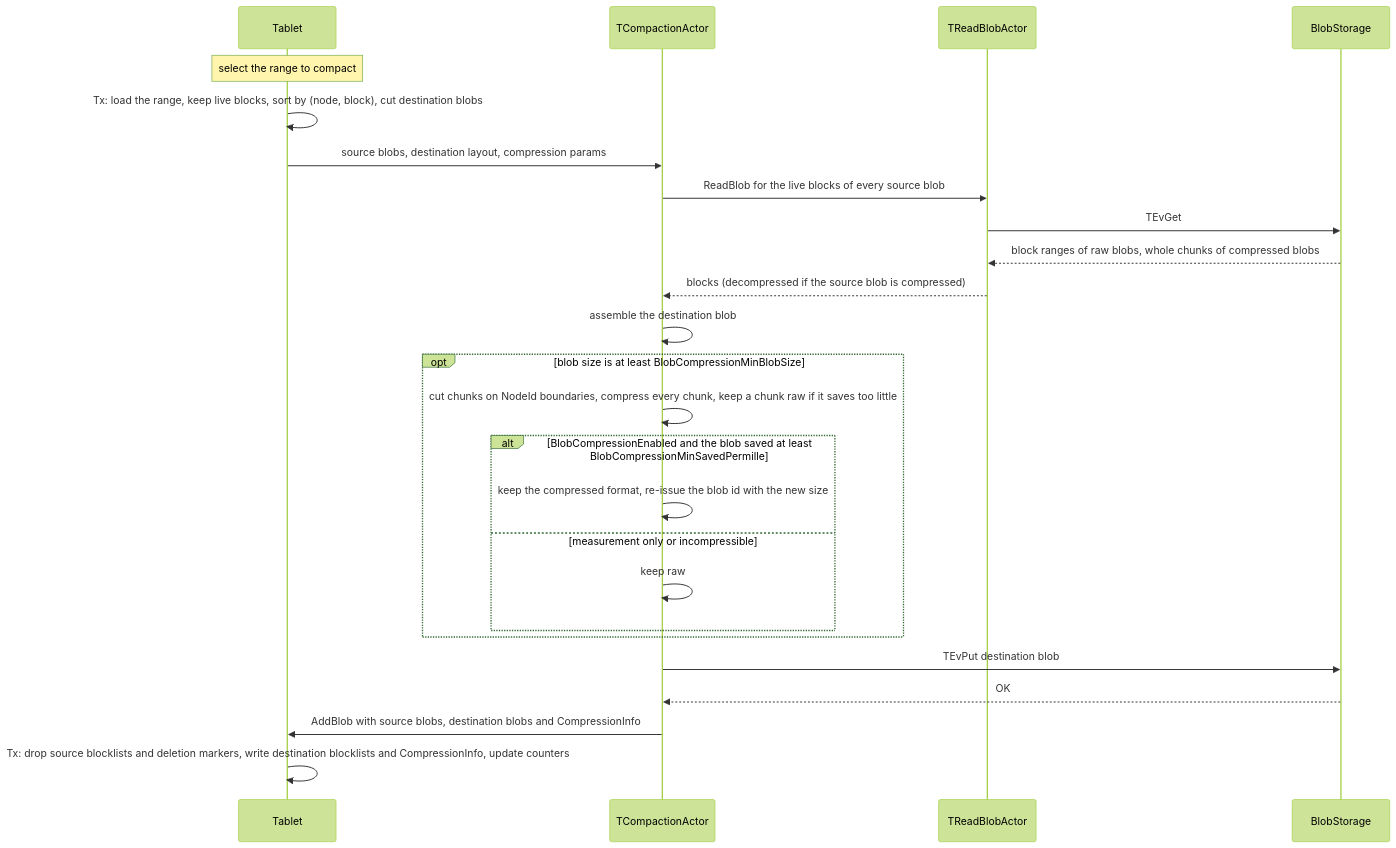
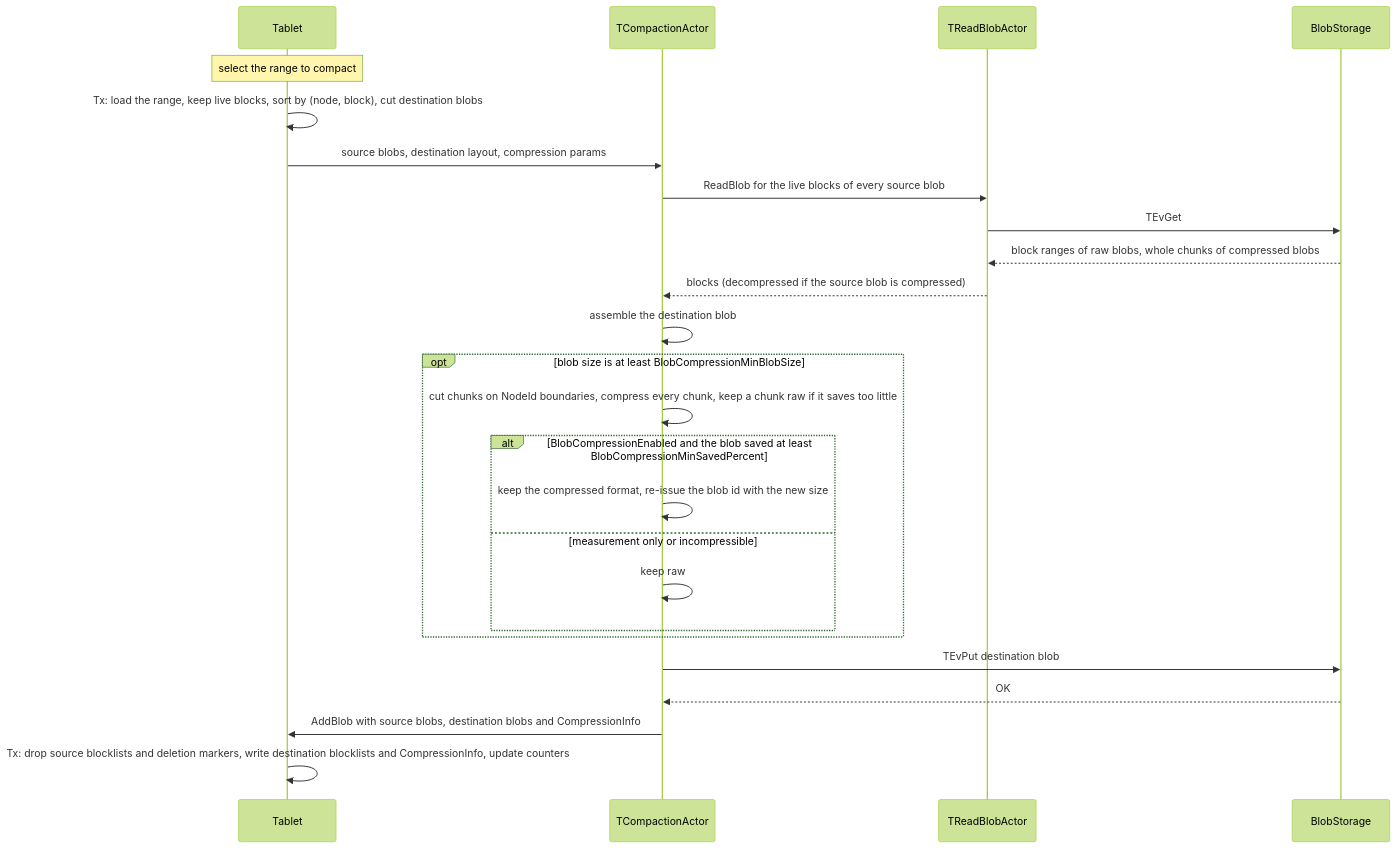
Before and after one commit to ydb-platform/nbs: the second of 3 diagrams in doc/filestore/design/storage/tablet/blob_compression.md, drawn with Mermaid (forest theme). The commit also changed other lines of this file, not shown here.

Commit message:
change permille to percentage

````diff
--- a/doc/filestore/design/storage/tablet/blob_compression.md
+++ b/doc/filestore/design/storage/tablet/blob_compression.md
@@ -147,28 +147,28 @@
 ```mermaid
 sequenceDiagram
     participant T as Tablet
     participant C as TCompactionActor
     participant R as TReadBlobActor
     participant BS as BlobStorage
 
     Note over T: select the range to compact
     T->>T: Tx: load the range, keep live blocks, sort by (node, block), cut destination blobs
     T->>C: source blobs, destination layout, compression params
     C->>R: ReadBlob for the live blocks of every source blob
     R->>BS: TEvGet
     BS-->>R: block ranges of raw blobs, whole chunks of compressed blobs
     R-->>C: blocks (decompressed if the source blob is compressed)
     C->>C: assemble the destination blob
     opt blob size is at least BlobCompressionMinBlobSize
         C->>C: cut chunks on NodeId boundaries, compress every chunk, keep a chunk raw if it saves too little
-        alt BlobCompressionEnabled and the blob saved at least BlobCompressionMinSavedPermille
+        alt BlobCompressionEnabled and the blob saved at least BlobCompressionMinSavedPercent
             C->>C: keep the compressed format, re-issue the blob id with the new size
         else measurement only or incompressible
             C->>C: keep raw
         end
     end
     C->>BS: TEvPut destination blob
     BS-->>C: OK
     C->>T: AddBlob with source blobs, destination blobs and CompressionInfo
     T->>T: Tx: drop source blocklists and deletion markers, write destination blocklists and CompressionInfo, update counters
 ```
````
